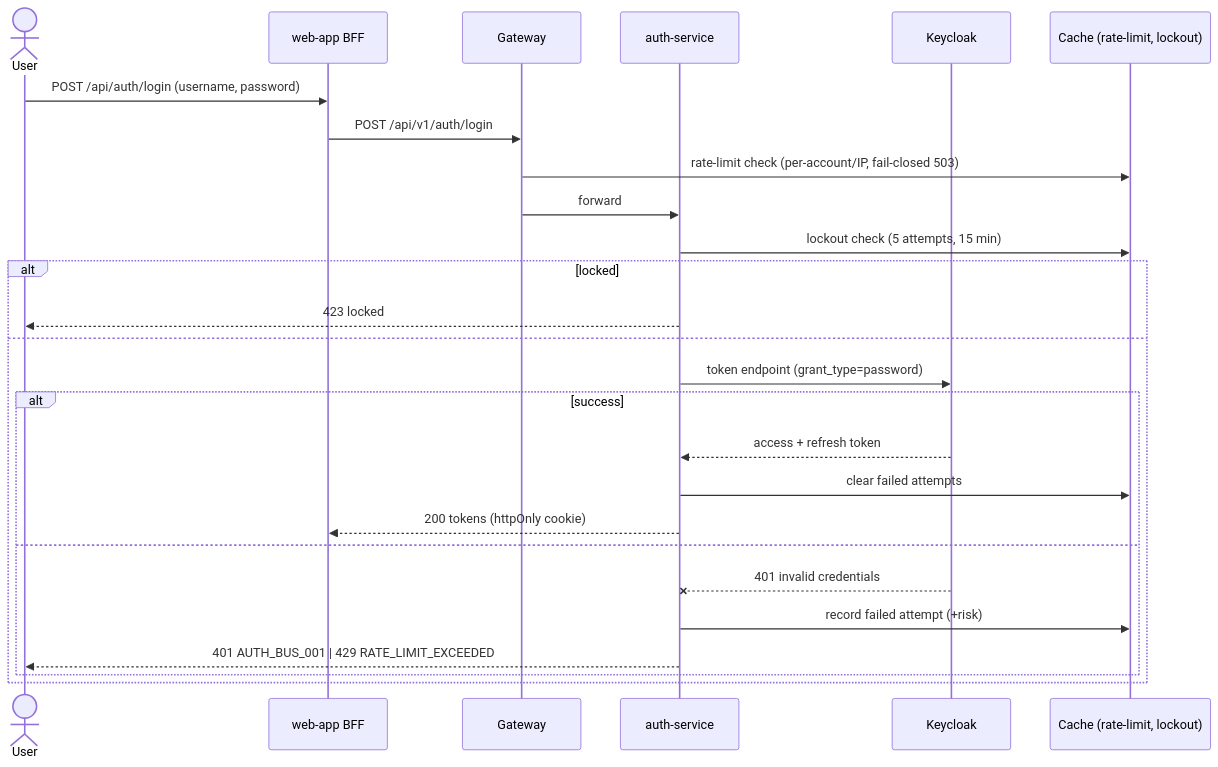
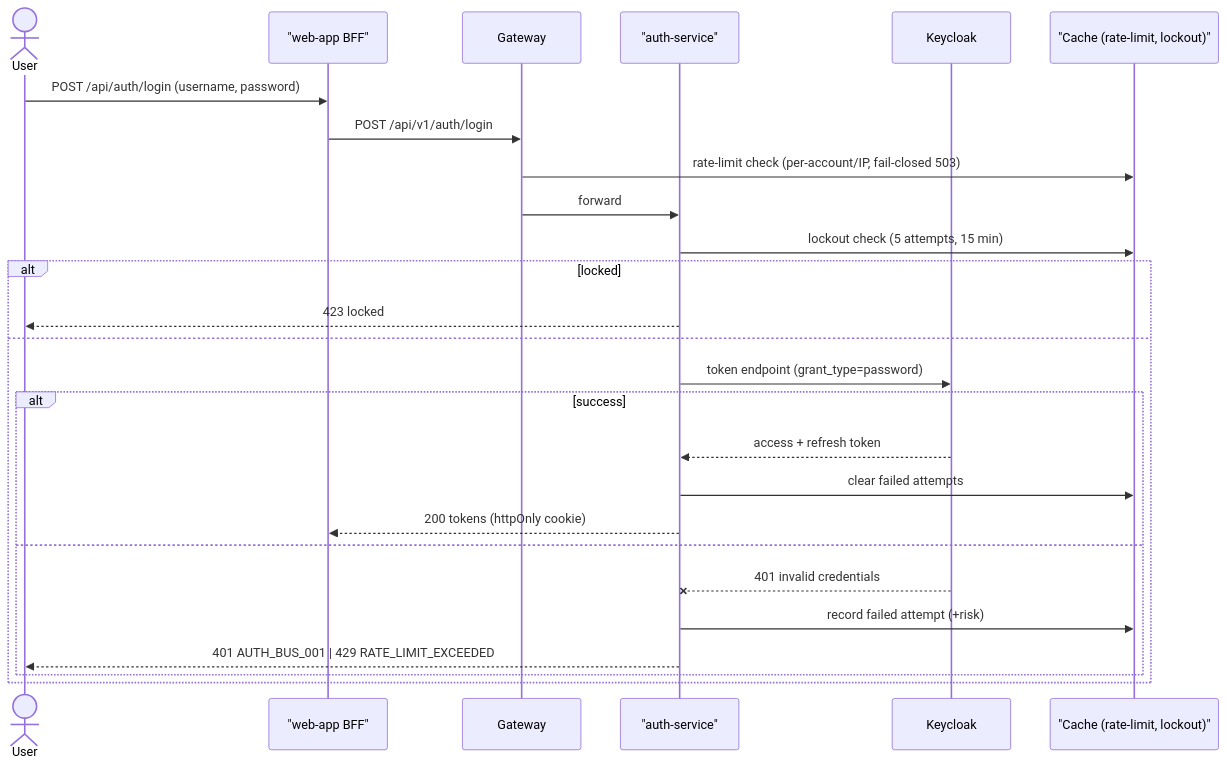
Before and after one commit to fajjarnr/payu: the second of 51 diagrams in docs/product/FLOWS.md, drawn with Mermaid. The commit also changed other lines of this file, not shown here.

First line of the commit message:
fix(flows): mermaid render — quoted aliases, #59; semicolons, %% comments

````diff
--- a/docs/product/FLOWS.md
+++ b/docs/product/FLOWS.md
@@ -50,29 +50,29 @@
 ```mermaid
 sequenceDiagram
     actor U as User
-    participant B as web-app BFF
+    participant B as "web-app BFF"
     participant G as Gateway
-    participant A as auth-service
+    participant A as "auth-service"
     participant KC as Keycloak
-    participant CA as Cache (rate-limit, lockout)
+    participant CA as "Cache (rate-limit, lockout)"
 
     U->>B: POST /api/auth/login (username, password)
     B->>G: POST /api/v1/auth/login
     G->>CA: rate-limit check (per-account/IP, fail-closed 503)
     G->>A: forward
     A->>CA: lockout check (5 attempts, 15 min)
     alt locked
         A-->>U: 423 locked
     else
         A->>KC: token endpoint (grant_type=password)
         alt success
             KC-->>A: access + refresh token
             A->>CA: clear failed attempts
             A-->>B: 200 tokens (httpOnly cookie)
         else
             KC--x A: 401 invalid credentials
             A->>CA: record failed attempt (+risk)
             A-->>U: 401 AUTH_BUS_001 | 429 RATE_LIMIT_EXCEEDED
         end
     end
 ```
````
